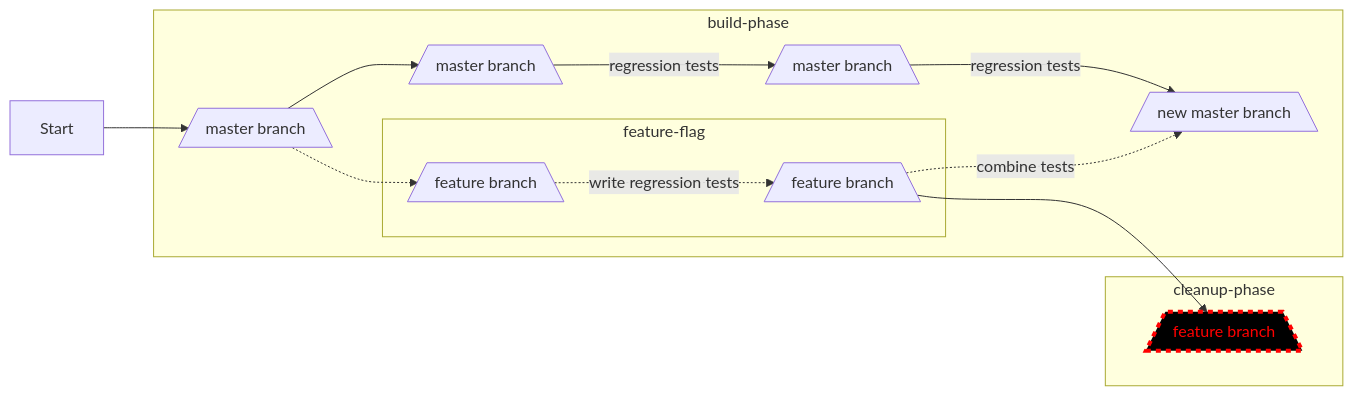
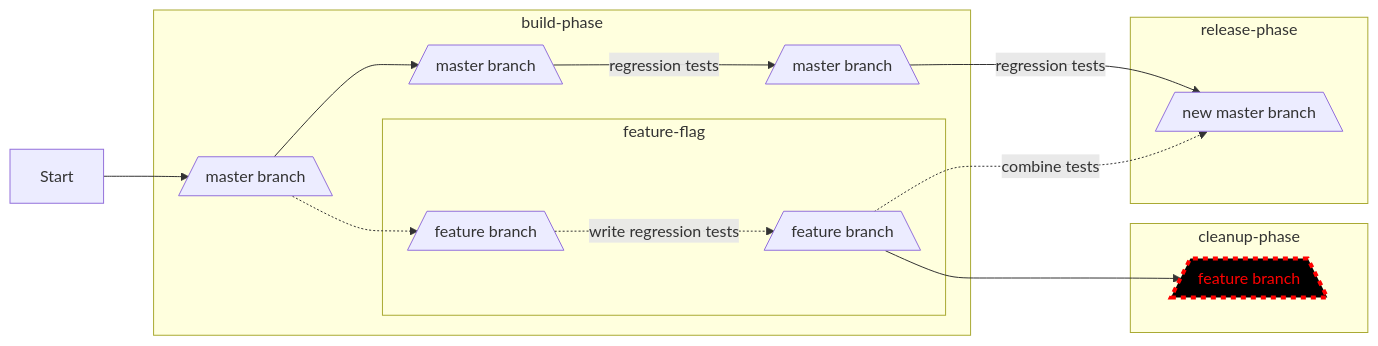
The diagram in diagrams/diagram1.mmd (jessicahirsch/Mermaid-Diagrams), drawn with Mermaid before and after one commit.

Commit message:
feat: add release-phase subgraph

```diff
--- a/diagrams/diagram1.mmd
+++ b/diagrams/diagram1.mmd
@@ -1,29 +1,36 @@
 flowchart LR
+
+%% Each phase is one line of code to promote small batches
+%% Two lines of code means smaller batches called for
 
     Z[Start]-->A[/master branch\]
 
     subgraph build-phase
     A[/master branch\]-->H[/master branch\]
 
     %% Begin top line build phase
-    H[/master branch\]--regression tests-->B[/master branch\]--regression tests-->E[/new master branch\]
+    H[/master branch\]--regression tests-->B[/master branch\]
 
     %% Feature branch is forked from master
     A[/master branch\]-.->C[/feature branch\]
 
     %% Feature developement begins behind flag
     subgraph feature-flag
     C[/feature branch\]-.write regression tests .->D[/feature branch\]
     D[/feature branch\]
     end feature-flag
     end build-phase
 
+    subgraph release-phase
+    B[/master branch\]--regression tests-->E[/new master branch\]
+
     %% Work is integrated
     D[/feature branch\]-.combine tests .->E[/new master branch\]
+    end release-phase
 
     %% Post-experiment cleanup phase
     subgraph cleanup-phase
     D[/feature branch\]-->F[/feature branch\]
     end cleanup-phase
 
     style F fill:#000,stroke:#f00,stroke-width:4px,color:#f00,stroke-dasharray: 5 5
```
